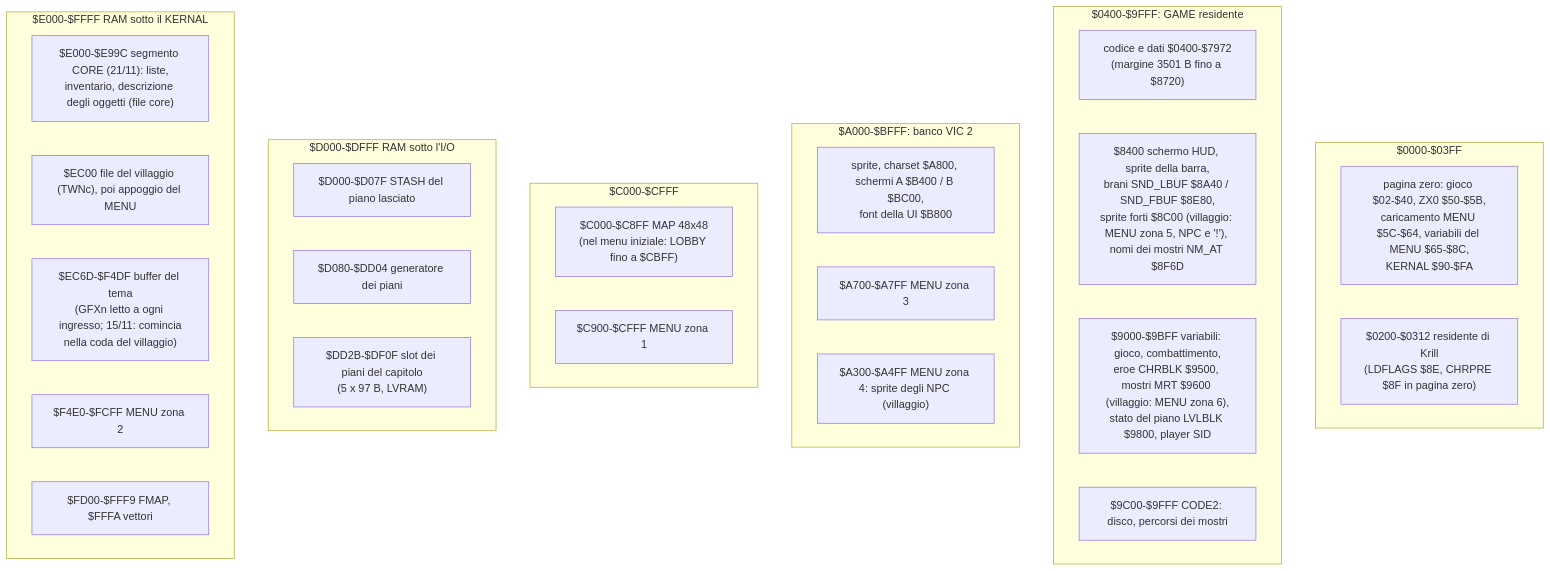
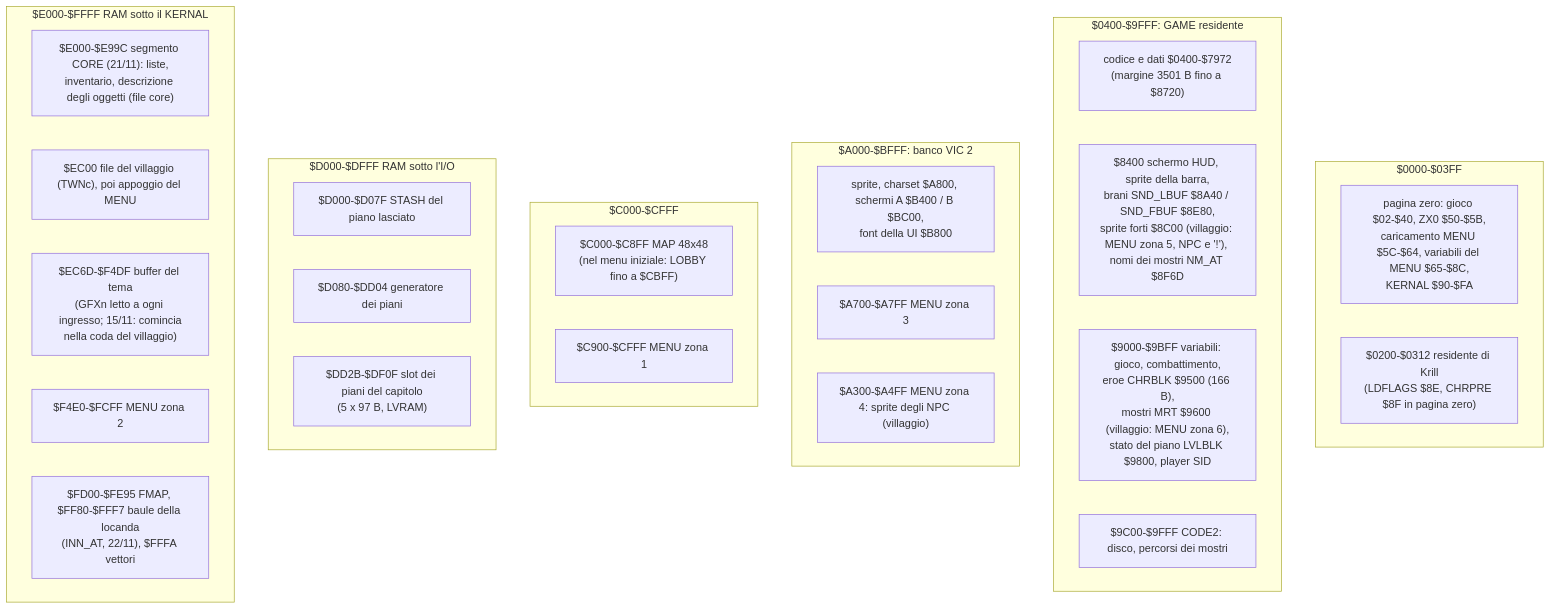
The third of 4 diagrams in docs/wiki/architettura.md (caporalesimone/barbarian-the-blood-path), drawn with Mermaid before and after one commit. The commit also changed 16 other files, not shown here.

````diff
--- a/docs/wiki/architettura.md
+++ b/docs/wiki/architettura.md
@@ -165,34 +165,34 @@
 ```mermaid
 flowchart TB
     subgraph R0["$0000-$03FF"]
         ZP["pagina zero: gioco $02-$40, ZX0 $50-$5B,<br/>caricamento MENU $5C-$64, variabili del MENU $65-$8C,<br/>KERNAL $90-$FA"]
         LDF["$0200-$0312 residente di Krill<br/>(LDFLAGS $8E, CHRPRE $8F in pagina zero)"]
     end
     subgraph R1["$0400-$9FFF: GAME residente"]
         CODE["codice e dati $0400-$7972<br/>(margine 3501 B fino a $8720)"]
         HUDS["$8400 schermo HUD, sprite della barra,<br/>brani SND_LBUF $8A40 / SND_FBUF $8E80,<br/>sprite forti $8C00 (villaggio: MENU zona 5, NPC e '!'), nomi dei mostri NM_AT $8F6D"]
-        VARS["$9000-$9BFF variabili: gioco, combattimento,<br/>eroe CHRBLK $9500, mostri MRT $9600 (villaggio: MENU zona 6),<br/>stato del piano LVLBLK $9800, player SID"]
+        VARS["$9000-$9BFF variabili: gioco, combattimento,<br/>eroe CHRBLK $9500 (166 B),<br/>mostri MRT $9600 (villaggio: MENU zona 6),<br/>stato del piano LVLBLK $9800, player SID"]
         C2["$9C00-$9FFF CODE2: disco, percorsi dei mostri"]
     end
     subgraph R2["$A000-$BFFF: banco VIC 2"]
         VIC["sprite, charset $A800, schermi A $B400 / B $BC00,<br/>font della UI $B800"]
         Z3["$A700-$A7FF MENU zona 3"]
         Z4["$A300-$A4FF MENU zona 4: sprite degli NPC (villaggio)"]
     end
     subgraph R3["$C000-$CFFF"]
         MAP["$C000-$C8FF MAP 48x48<br/>(nel menu iniziale: LOBBY fino a $CBFF)"]
         Z1["$C900-$CFFF MENU zona 1"]
     end
     subgraph R4["$D000-$DFFF RAM sotto l'I/O"]
         STA["$D000-$D07F STASH del piano lasciato"]
         GEN["$D080-$DD04 generatore dei piani"]
         SLT["$DD2B-$DF0F slot dei piani del capitolo<br/>(5 x 97 B, LVRAM)"]
     end
     subgraph R5["$E000-$FFFF RAM sotto il KERNAL"]
         CORE["$E000-$E99C segmento CORE (21/11): liste,<br/>inventario, descrizione degli oggetti (file core)"]
         CT["$EC00 file del villaggio (TWNc), poi appoggio del MENU"]
         CD["$EC6D-$F4DF buffer del tema<br/>(GFXn letto a ogni ingresso; 15/11: comincia<br/>nella coda del villaggio)"]
         Z2["$F4E0-$FCFF MENU zona 2"]
-        FM["$FD00-$FFF9 FMAP, $FFFA vettori"]
+        FM["$FD00-$FE95 FMAP, $FF80-$FFF7 baule della locanda<br/>(INN_AT, 22/11), $FFFA vettori"]
     end
 ```
````
